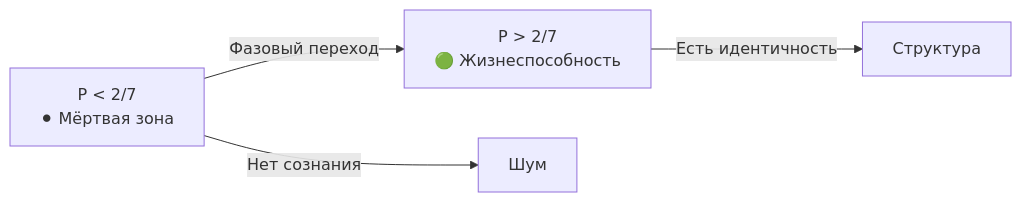
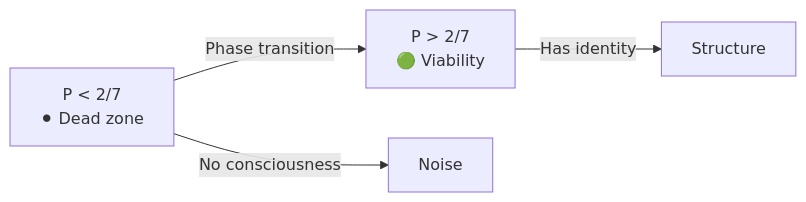
The first of 3 diagrams in website/docs/applied/research/engineering-insights.md (gst-st/uhm), drawn with Mermaid before and after one commit. The commit also changed other lines of this file and 79 other files, not shown here.

````diff
--- a/website/docs/applied/research/engineering-insights.md
+++ b/website/docs/applied/research/engineering-insights.md
@@ -90,6 +90,6 @@
 ```mermaid
 graph LR
-    A["P < 2/7<br/>⚫ Мёртвая зона"] -->|"Фазовый переход"| B["P > 2/7<br/>🟢 Жизнеспособность"]
-    A -->|"Нет сознания"| C["Шум"]
-    B -->|"Есть идентичность"| D["Структура"]
+    A["P < 2/7<br/>⚫ Dead zone"] -->|"Phase transition"| B["P > 2/7<br/>🟢 Viability"]
+    A -->|"No consciousness"| C["Noise"]
+    B -->|"Has identity"| D["Structure"]
 ```
````
